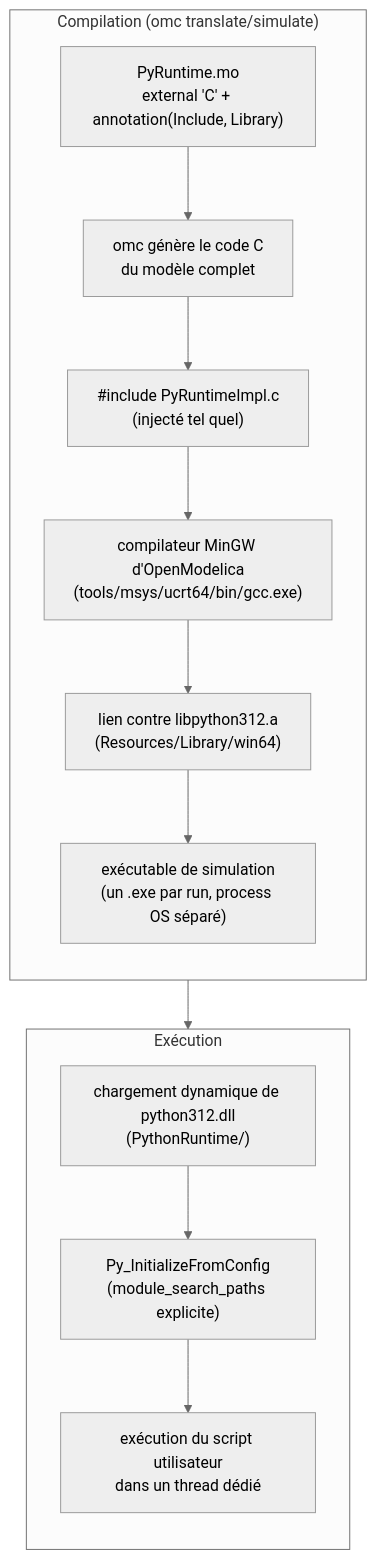
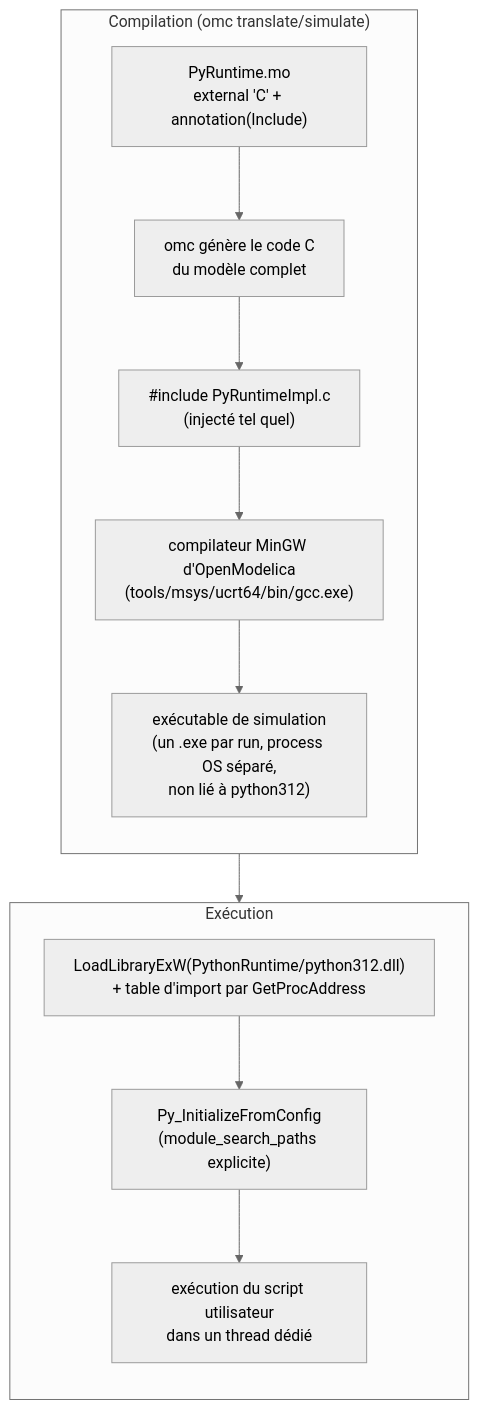
Before and after one commit to bdelaup/modelica_micropython: the first of 2 diagrams in docs/integration-python.md, drawn with Mermaid (neutral theme). The commit also changed other lines of this file and 33 other files, not shown here.

Commit message:
Add toto, fix rising edge not detected, fix system python dll used instead of embedded one.

````diff
--- a/docs/integration-python.md
+++ b/docs/integration-python.md
@@ -7,21 +7,20 @@
 ```mermaid
 flowchart TD
     subgraph Compilation["Compilation (omc translate/simulate)"]
         direction TB
-        A["PyRuntime.mo<br/>external 'C' + annotation(Include, Library)"]
+        A["PyRuntime.mo<br/>external 'C' + annotation(Include)"]
         B["omc génère le code C<br/>du modèle complet"]
         C["#include PyRuntimeImpl.c<br/>(injecté tel quel)"]
         D["compilateur MinGW d'OpenModelica<br/>(tools/msys/ucrt64/bin/gcc.exe)"]
-        E["lien contre libpython312.a<br/>(Resources/Library/win64)"]
-        F["exécutable de simulation<br/>(un .exe par run, process OS séparé)"]
-        A --> B --> C --> D --> E --> F
+        F["exécutable de simulation<br/>(un .exe par run, process OS séparé,<br/>non lié à python312)"]
+        A --> B --> C --> D --> F
     end
     subgraph Runtime["Exécution"]
         direction TB
-        G["chargement dynamique de python312.dll<br/>(PythonRuntime/)"]
+        G["LoadLibraryExW(PythonRuntime/python312.dll)<br/>+ table d'import par GetProcAddress"]
         H["Py_InitializeFromConfig<br/>(module_search_paths explicite)"]
         I["exécution du script utilisateur<br/>dans un thread dédié"]
         G --> H --> I
     end
     F --> G
 ```
````
